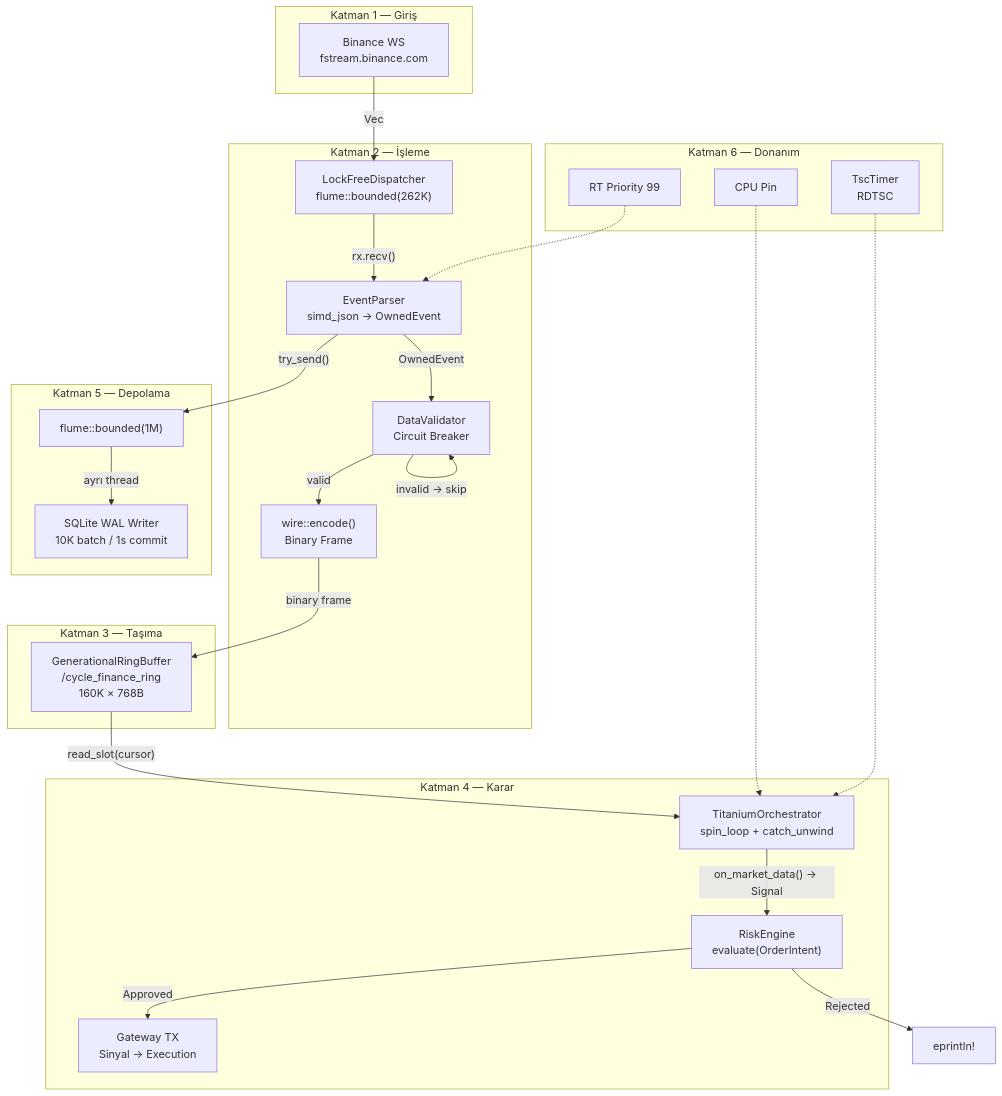
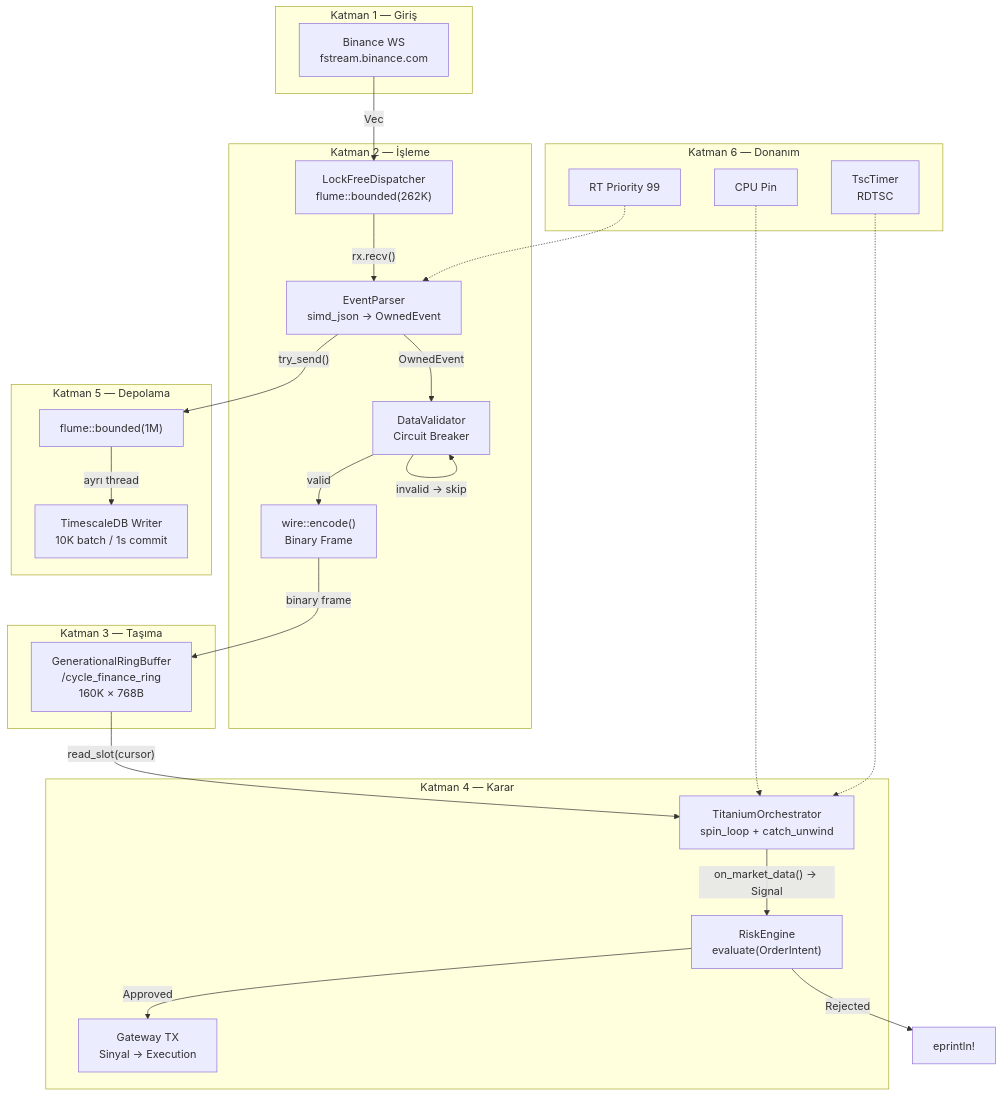
One commit to Quant-Trade-Lab-Community/cycle_finance_bot changed the ninth of 9 diagrams in cycle-engine/MIMARI_PLAN.md. Above: the diagram before and after it, drawn with Mermaid. The commit also changed other lines of this file and 165 other files, not shown here.

Commit message:
docs: remove deleted services' code dumps and update architecture (Bölüm 3, 2, 1); update Cargo.toml workspace; update mermaid flowcharts; remove SQLite refs

````diff
--- a/cycle-engine/MIMARI_PLAN.md
+++ b/cycle-engine/MIMARI_PLAN.md
@@ -658,52 +658,52 @@
 ```mermaid
 flowchart TB
     subgraph "Katman 1 — Giriş"
         BN["Binance WS<br/>fstream.binance.com"]
     end
 
     subgraph "Katman 2 — İşleme"
         Q["LockFreeDispatcher<br/>flume::bounded(262K)"]
         EP["EventParser<br/>simd_json → OwnedEvent"]
         DV["DataValidator<br/>Circuit Breaker"]
         WE["wire::encode()<br/>Binary Frame"]
     end
 
     subgraph "Katman 3 — Taşıma"
         RB["GenerationalRingBuffer<br/>/cycle_finance_ring<br/>160K × 768B"]
     end
 
     subgraph "Katman 4 — Karar"
         TO["TitaniumOrchestrator<br/>spin_loop + catch_unwind"]
         RE["RiskEngine<br/>evaluate(OrderIntent)"]
         GW["Gateway TX<br/>Sinyal → Execution"]
     end
 
     subgraph "Katman 5 — Depolama"
         DBQ["flume::bounded(1M)"]
-        DB["SQLite WAL Writer<br/>10K batch / 1s commit"]
+        DB["TimescaleDB Writer<br/>10K batch / 1s commit"]
     end
 
     subgraph "Katman 6 — Donanım"
         RT["RT Priority 99"]
         CPU["CPU Pin"]
         TSC["TscTimer<br/>RDTSC"]
     end
 
     BN -->|"Vec<u8>"| Q
     Q -->|"rx.recv()"| EP
     EP -->|"OwnedEvent"| DV
     DV -->|"valid"| WE
     WE -->|"binary frame"| RB
     DV -->|"invalid → skip"| DV
     EP -->|"try_send()"| DBQ
     DBQ -->|"ayrı thread"| DB
 
     RB -->|"read_slot(cursor)"| TO
     TO -->|"on_market_data() → Signal"| RE
     RE -->|"Approved"| GW
     RE -->|"Rejected"| LOG["eprintln!"]
 
     RT -.-> EP
     CPU -.-> TO
     TSC -.-> TO
 ```
````
